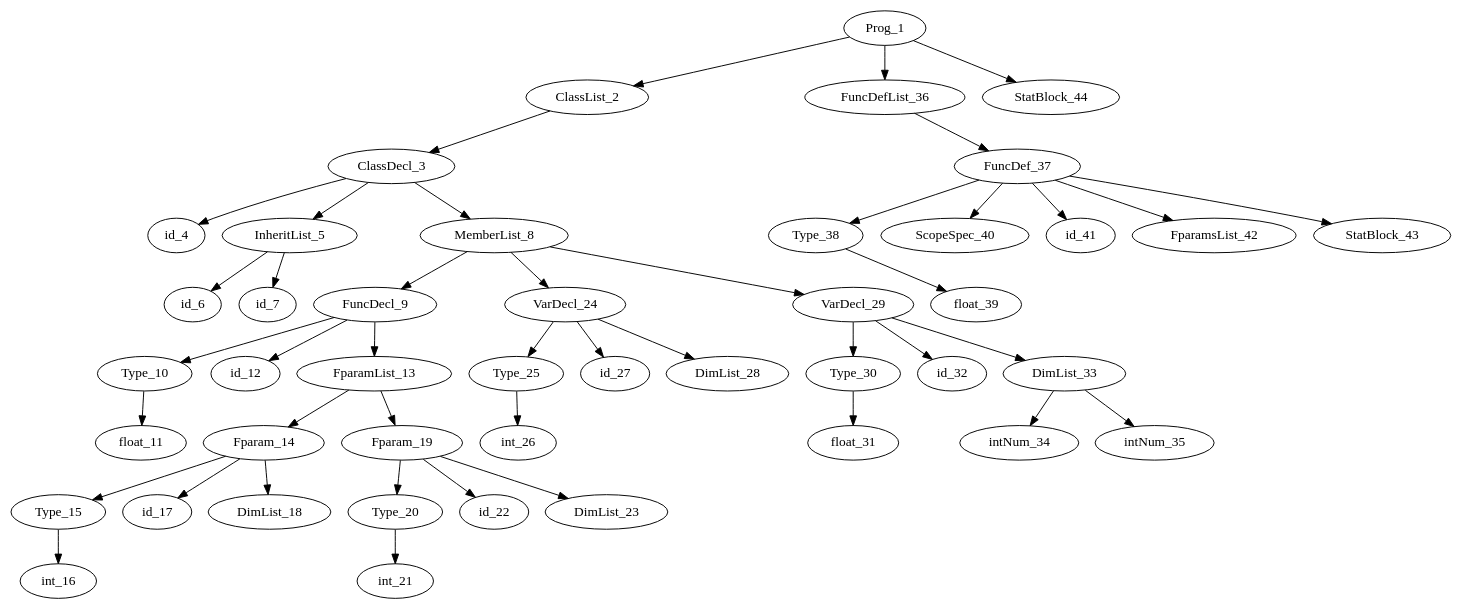
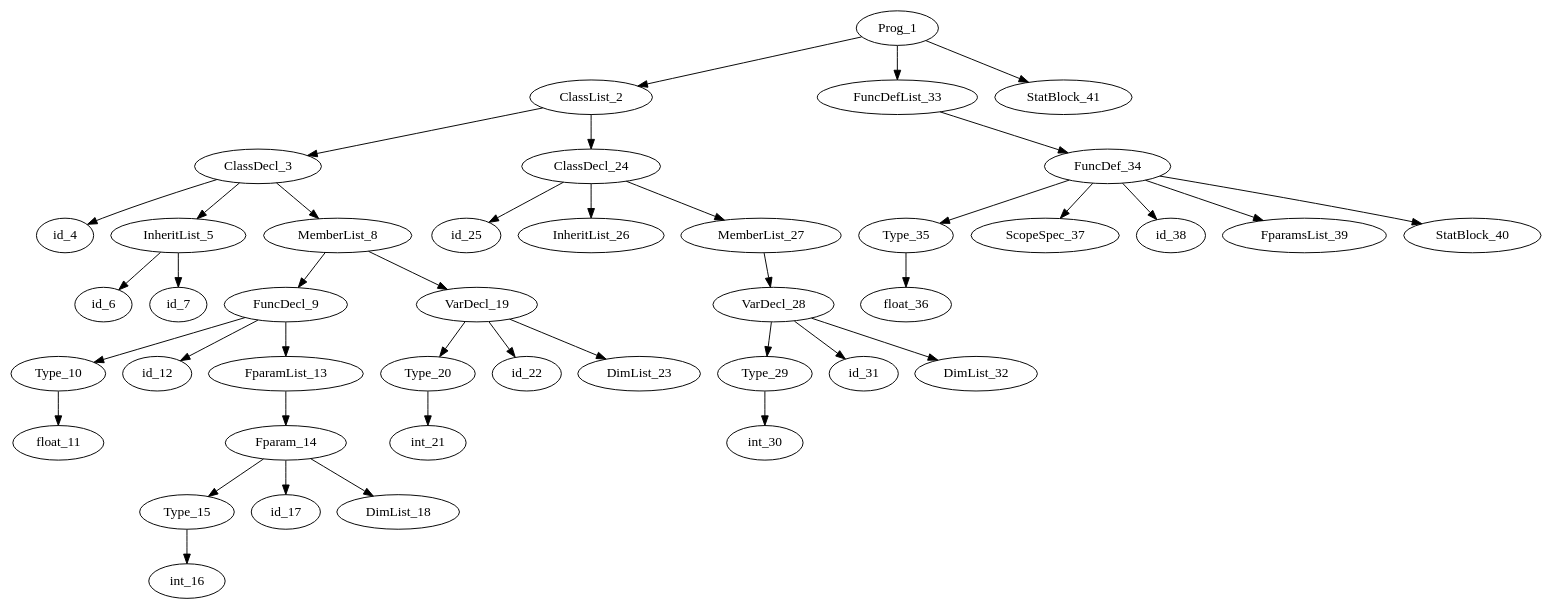
Before and after one commit to McGiver-/Compiler: the diagram in refactor/graph.dot, drawn with Graphviz. The commit also changed 3 other files, not shown here.

```diff
--- a/refactor/graph.dot
+++ b/refactor/graph.dot
@@ -1,90 +1,84 @@
 digraph ast {
 	Prog_1->ClassList_2;
 	ClassList_2->ClassDecl_3;
 	ClassDecl_3->id_4;
 	ClassDecl_3->InheritList_5;
 	InheritList_5->id_6;
 	InheritList_5->id_7;
 	ClassDecl_3->MemberList_8;
 	MemberList_8->FuncDecl_9;
 	FuncDecl_9->Type_10;
 	Type_10->float_11;
 	FuncDecl_9->id_12;
 	FuncDecl_9->FparamList_13;
 	FparamList_13->Fparam_14;
 	Fparam_14->Type_15;
 	Type_15->int_16;
 	Fparam_14->id_17;
 	Fparam_14->DimList_18;
-	FparamList_13->Fparam_19;
-	Fparam_19->Type_20;
+	MemberList_8->VarDecl_19;
+	VarDecl_19->Type_20;
 	Type_20->int_21;
-	Fparam_19->id_22;
-	Fparam_19->DimList_23;
-	MemberList_8->VarDecl_24;
-	VarDecl_24->Type_25;
-	Type_25->int_26;
-	VarDecl_24->id_27;
-	VarDecl_24->DimList_28;
-	MemberList_8->VarDecl_29;
-	VarDecl_29->Type_30;
-	Type_30->float_31;
-	VarDecl_29->id_32;
-	VarDecl_29->DimList_33;
-	DimList_33->intNum_34;
-	DimList_33->intNum_35;
-	Prog_1->FuncDefList_36;
-	FuncDefList_36->FuncDef_37;
-	FuncDef_37->Type_38;
-	Type_38->float_39;
-	FuncDef_37->ScopeSpec_40;
-	FuncDef_37->id_41;
-	FuncDef_37->FparamsList_42;
-	FuncDef_37->StatBlock_43;
-	Prog_1->StatBlock_44;
+	VarDecl_19->id_22;
+	VarDecl_19->DimList_23;
+	ClassList_2->ClassDecl_24;
+	ClassDecl_24->id_25;
+	ClassDecl_24->InheritList_26;
+	ClassDecl_24->MemberList_27;
+	MemberList_27->VarDecl_28;
+	VarDecl_28->Type_29;
+	Type_29->int_30;
+	VarDecl_28->id_31;
+	VarDecl_28->DimList_32;
+	Prog_1->FuncDefList_33;
+	FuncDefList_33->FuncDef_34;
+	FuncDef_34->Type_35;
+	Type_35->float_36;
+	FuncDef_34->ScopeSpec_37;
+	FuncDef_34->id_38;
+	FuncDef_34->FparamsList_39;
+	FuncDef_34->StatBlock_40;
+	Prog_1->StatBlock_41;
+	ClassDecl_24;
 	ClassDecl_3;
 	ClassList_2;
 	DimList_18;
 	DimList_23;
-	DimList_28;
-	DimList_33;
+	DimList_32;
 	FparamList_13;
 	Fparam_14;
-	Fparam_19;
-	FparamsList_42;
+	FparamsList_39;
 	FuncDecl_9;
-	FuncDefList_36;
-	FuncDef_37;
+	FuncDefList_33;
+	FuncDef_34;
+	InheritList_26;
 	InheritList_5;
+	MemberList_27;
 	MemberList_8;
 	Prog_1;
-	ScopeSpec_40;
-	StatBlock_43;
-	StatBlock_44;
+	ScopeSpec_37;
+	StatBlock_40;
+	StatBlock_41;
 	Type_10;
 	Type_15;
 	Type_20;
-	Type_25;
-	Type_30;
-	Type_38;
-	VarDecl_24;
-	VarDecl_29;
+	Type_29;
+	Type_35;
+	VarDecl_19;
+	VarDecl_28;
 	float_11;
-	float_31;
-	float_39;
+	float_36;
 	id_12;
 	id_17;
 	id_22;
-	id_27;
-	id_32;
+	id_25;
+	id_31;
+	id_38;
 	id_4;
-	id_41;
 	id_6;
 	id_7;
-	intNum_34;
-	intNum_35;
 	int_16;
 	int_21;
-	int_26;
+	int_30;
 
 }
```
